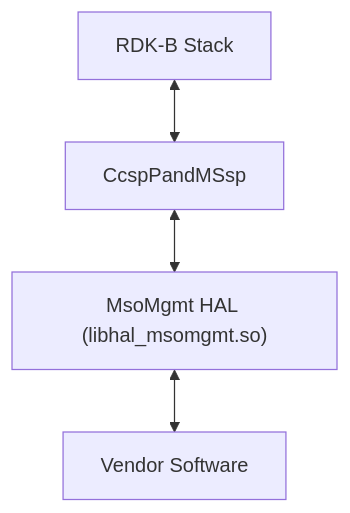
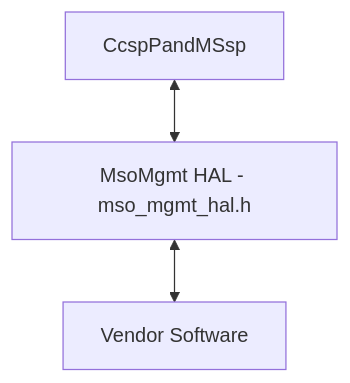
The first of 2 diagrams in docs/pages/halSpec.md (Blitzy-Sky/rdkb-halif-mso), drawn with Mermaid before and after one commit.

Commit message:
docs: normalise the MsoMgmt HAL architecture flowchart in its specification
The Description flowchart now uses the common top-down form shared
by every C HAL page: CcspPandMSsp, then MsoMgmt HAL - mso_mgmt_hal.h,
then Vendor Software, joined by double-headed edges.
The extra RDK-B Stack layer is removed.

````diff
--- a/docs/pages/halSpec.md
+++ b/docs/pages/halSpec.md
@@ -28,6 +28,5 @@
 ```mermaid
-flowchart TD;
-    RDKBStack[RDK-B Stack] <--> CcspPandMSsp[CcspPandMSsp];
-    CcspPandMSsp <--> MsoHal["MsoMgmt HAL (libhal_msomgmt.so)"];
-    MsoHal <--> VendorSoftware[Vendor Software];
+flowchart TD
+    Caller["CcspPandMSsp"] <--> HAL["MsoMgmt HAL - mso_mgmt_hal.h"]
+    HAL <--> Vendor["Vendor Software"]
 ```
````
